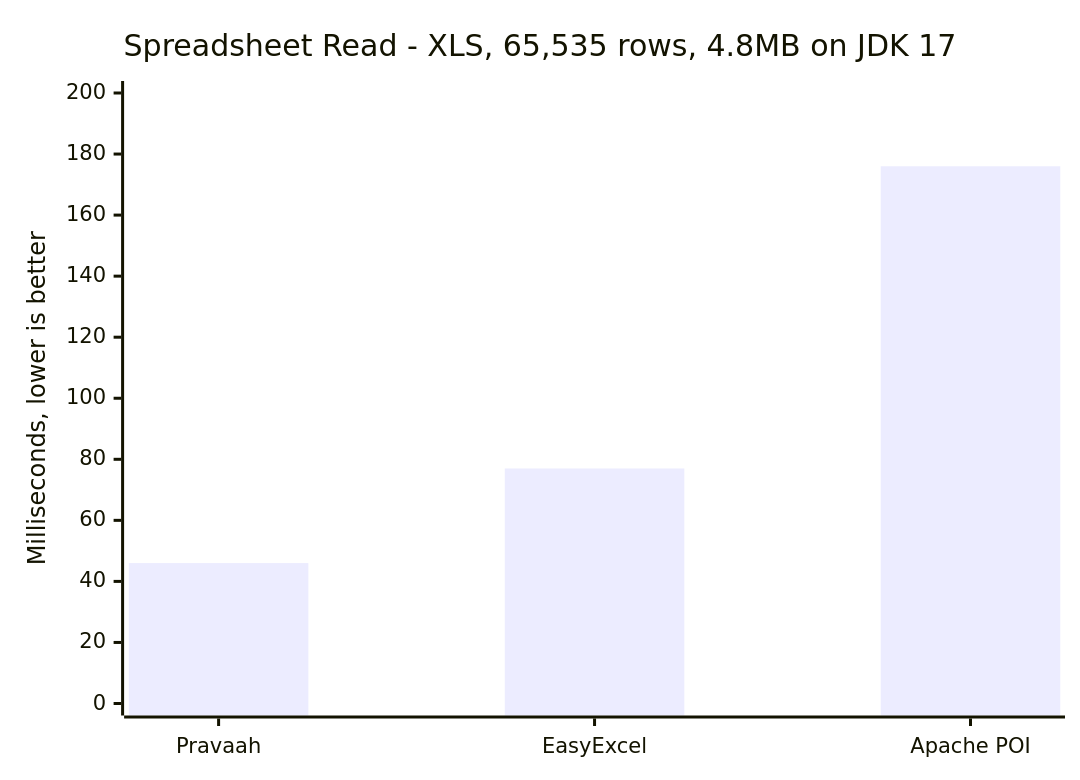
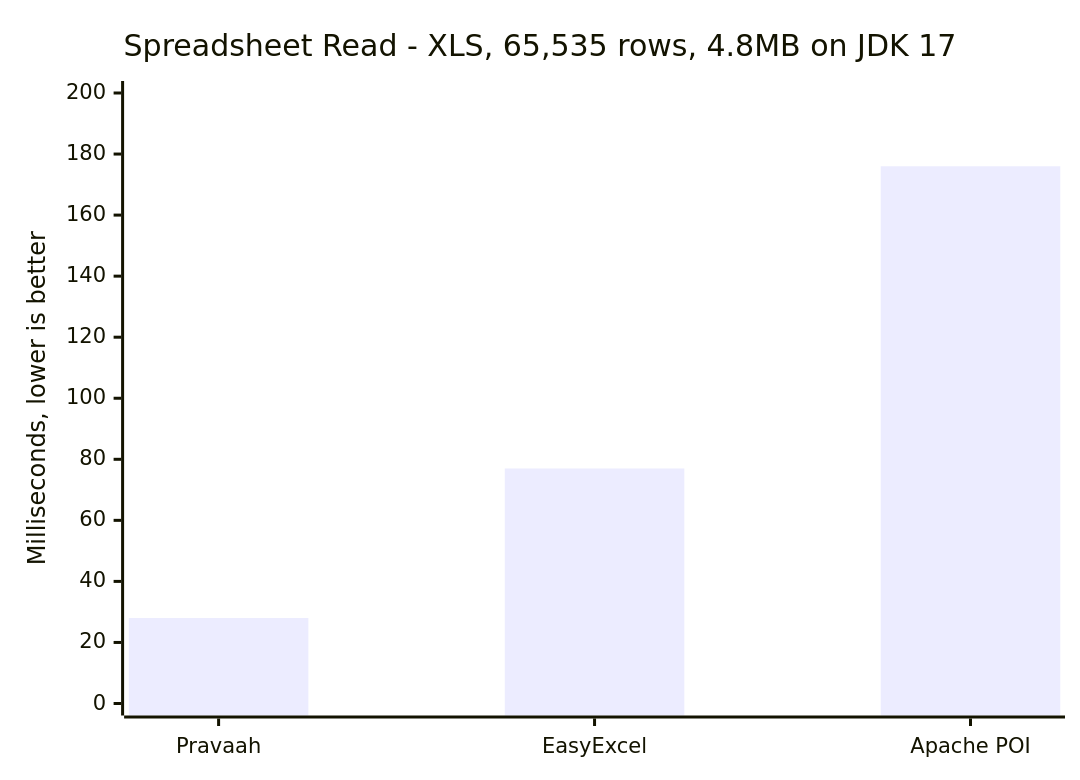
Before and after one commit to beingmartinbmc/pravaah-java: the fourth of 6 diagrams in README.md, drawn with Mermaid. The commit also changed other lines of this file and 19 other files, not shown here.

````diff
--- a/README.md
+++ b/README.md
@@ -417,7 +417,7 @@
 ```mermaid
 xychart-beta
     title "Spreadsheet Read - XLS, 65,535 rows, 4.8MB on JDK 17"
     x-axis ["Pravaah", "EasyExcel", "Apache POI"]
     y-axis "Milliseconds, lower is better" 0 --> 200
-    bar [46, 77, 176]
+    bar [28, 77, 176]
 ```
````
